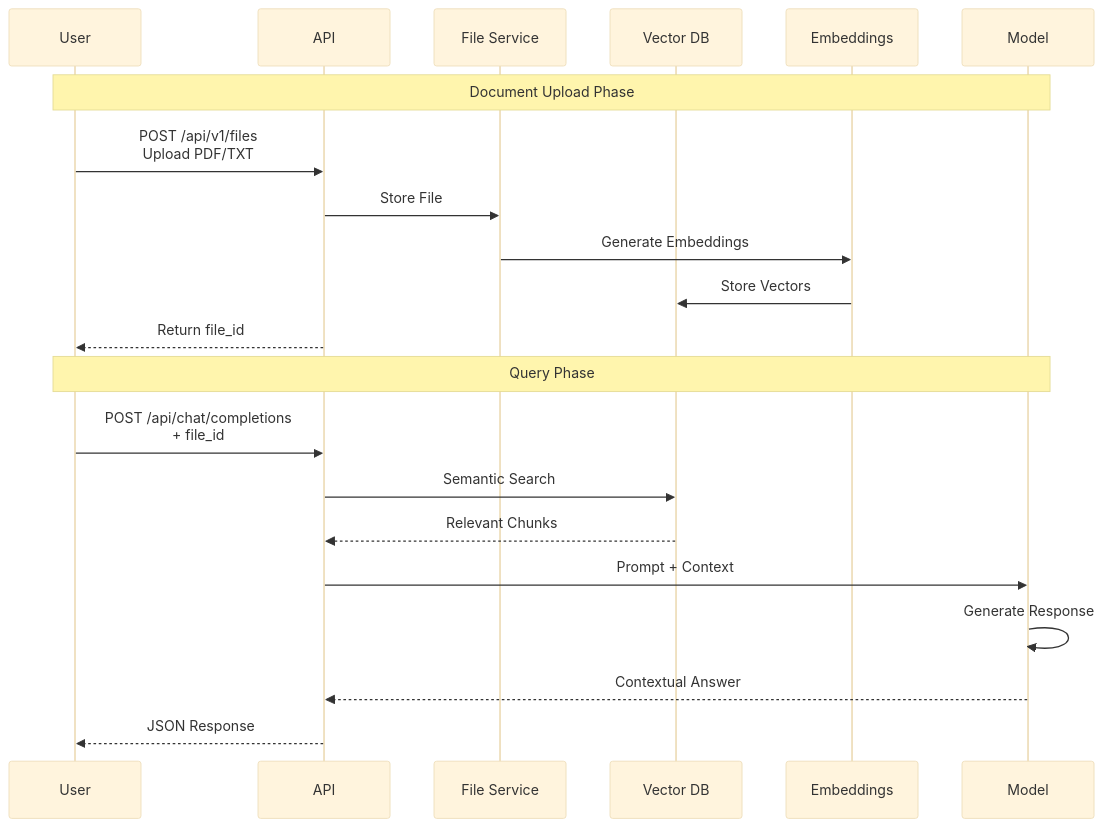
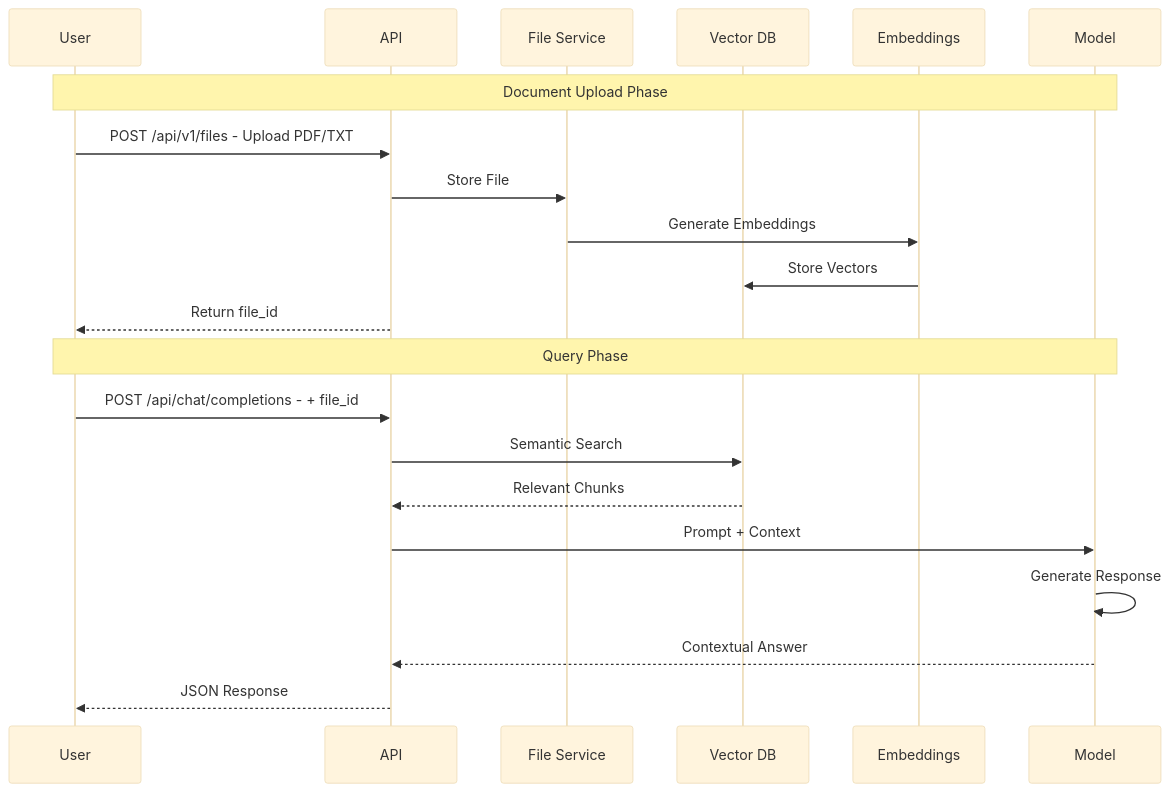
Before and after one commit to ndg8743/hydra-saml-auth: the tenth of 14 diagrams in docs/access.md, drawn with Mermaid (base theme). The commit also changed other lines of this file, not shown here.

````diff
--- a/docs/access.md
+++ b/docs/access.md
@@ -716,25 +1958,25 @@
 ```mermaid
 sequenceDiagram
     participant U as User
     participant A as API
     participant F as File Service
     participant V as Vector DB
     participant E as Embeddings
     participant M as Model
     
     Note over U,M: Document Upload Phase
-    U->>A: POST /api/v1/files<br/>Upload PDF/TXT
+    U->>A: POST /api/v1/files - Upload PDF/TXT
     A->>F: Store File
     F->>E: Generate Embeddings
     E->>V: Store Vectors
     A-->>U: Return file_id
     
     Note over U,M: Query Phase
-    U->>A: POST /api/chat/completions<br/>+ file_id
+    U->>A: POST /api/chat/completions - + file_id
     A->>V: Semantic Search
     V-->>A: Relevant Chunks
     A->>M: Prompt + Context
     M->>M: Generate Response
     M-->>A: Contextual Answer
     A-->>U: JSON Response
 ```
````
